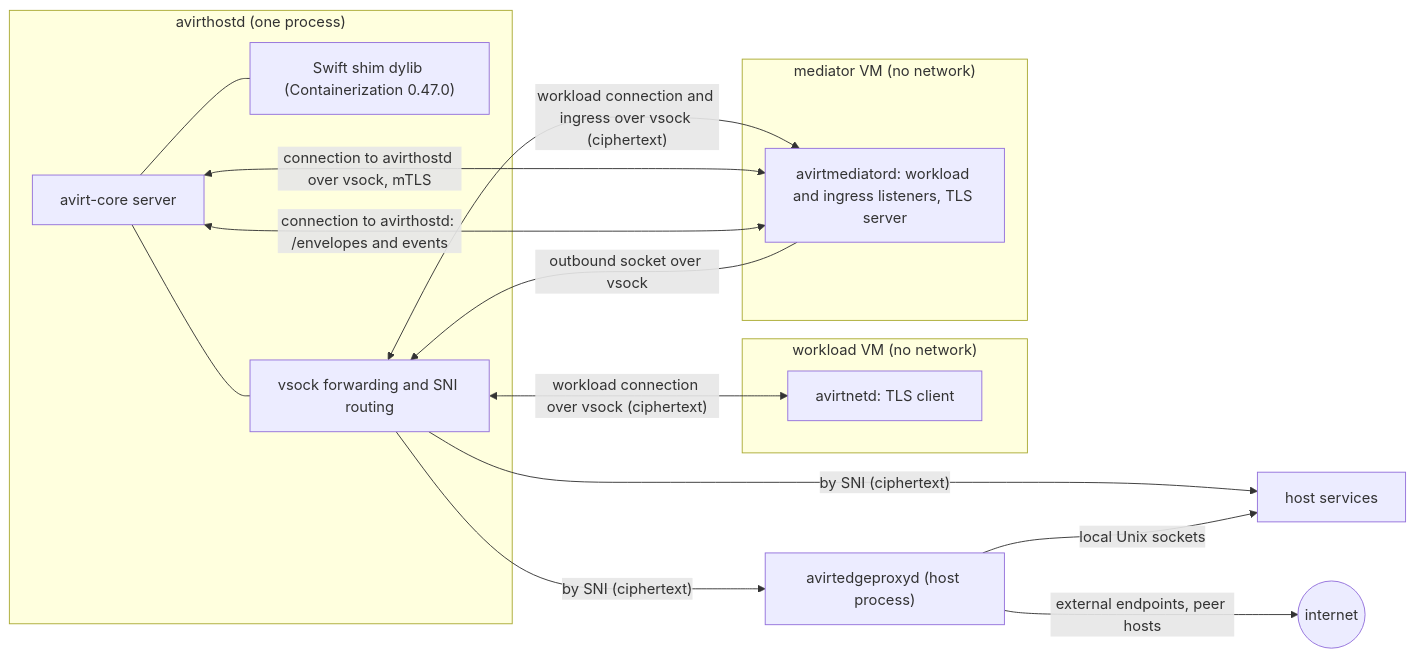
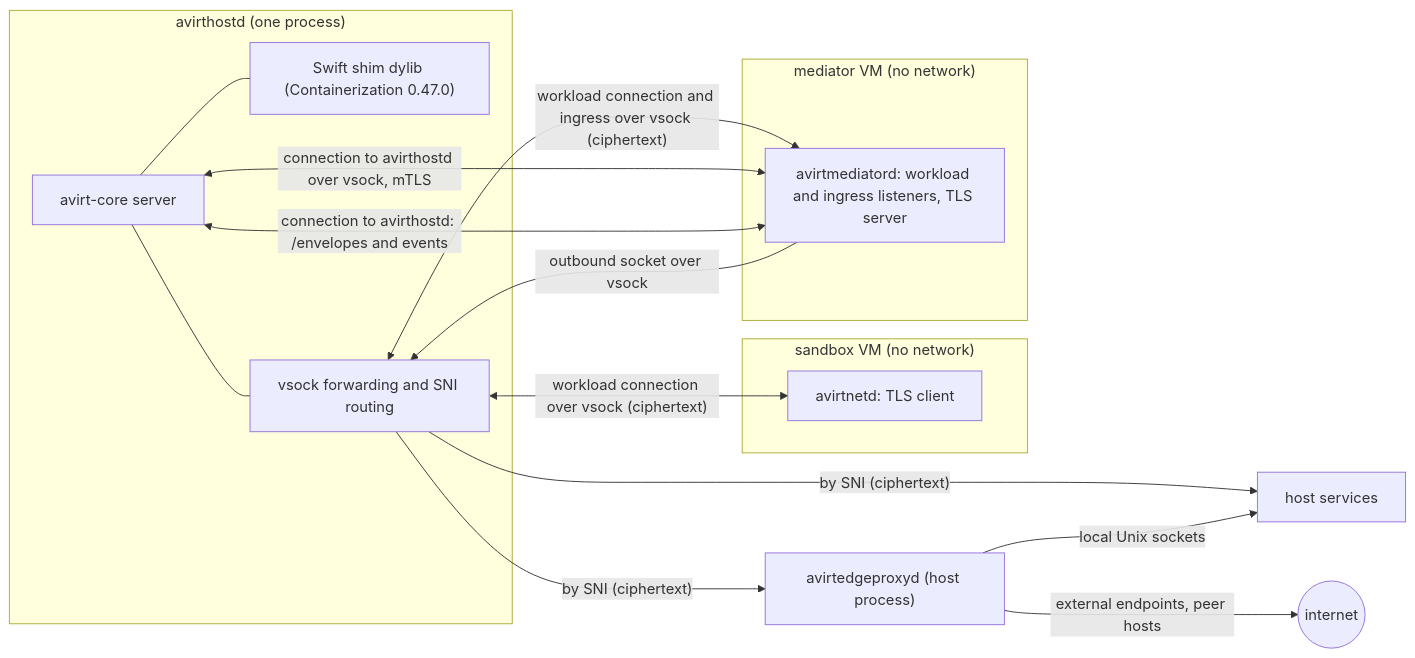
One commit to tbhb-dev/avirt changed the first of 2 diagrams in docs/compute-runtimes.md. Above: the diagram before and after it, drawn with Mermaid. The commit also changed other lines of this file and 54 other files, not shown here.

````diff
--- a/docs/compute-runtimes.md
+++ b/docs/compute-runtimes.md
@@ -115,27 +115,27 @@
 ```mermaid
 flowchart LR
     subgraph hostd["avirthostd (one process)"]
         core["avirt-core server"]
         shim["Swift shim dylib (Containerization 0.47.0)"]
         fwd["vsock forwarding and SNI routing"]
         core --- shim
         core --- fwd
     end
-    subgraph wvm["workload VM (no network)"]
+    subgraph wvm["sandbox VM (no network)"]
         net["avirtnetd: TLS client"]
     end
     subgraph svm["mediator VM (no network)"]
         me["avirtmediatord: workload and ingress listeners, TLS server"]
     end
     hs["host services"]
     fd["avirtedgeproxyd (host process)"]
     fwd <-->|"workload connection over vsock (ciphertext)"| net
     fwd <-->|"workload connection and ingress over vsock (ciphertext)"| me
     core <-->|"connection to avirthostd over vsock, mTLS"| me
     core <-->|"connection to avirthostd: /envelopes and events"| me
     me -->|"outbound socket over vsock"| fwd
     fwd -->|"by SNI (ciphertext)"| hs
     fwd -->|"by SNI (ciphertext)"| fd
     fd -->|"local Unix sockets"| hs
     fd -->|"external endpoints, peer hosts"| net2(("internet"))
 ```
````
